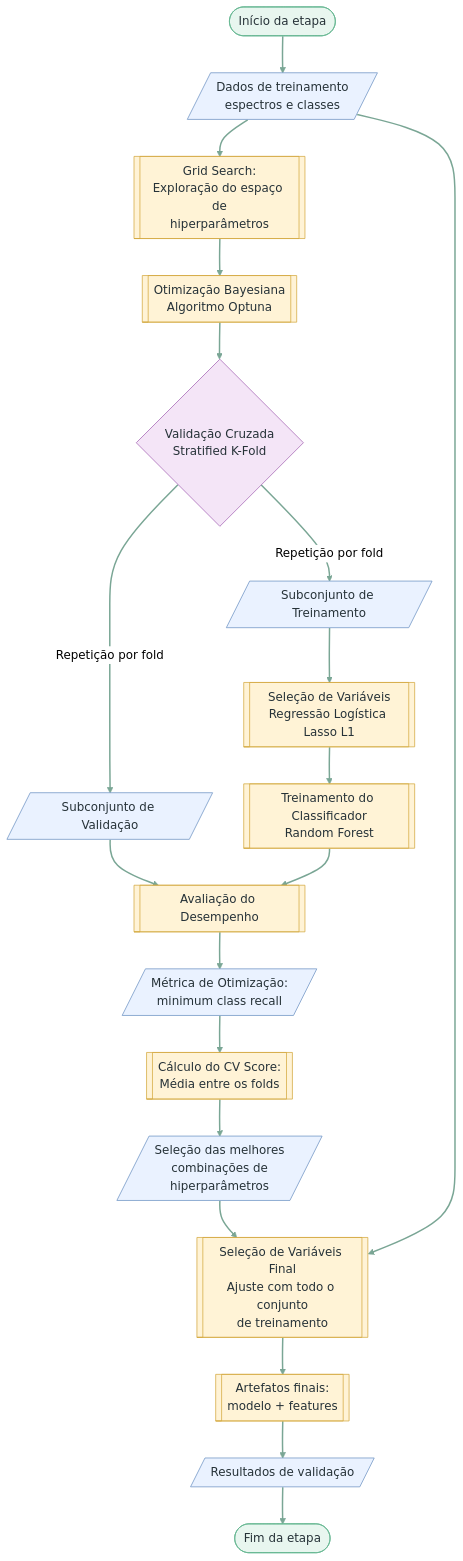
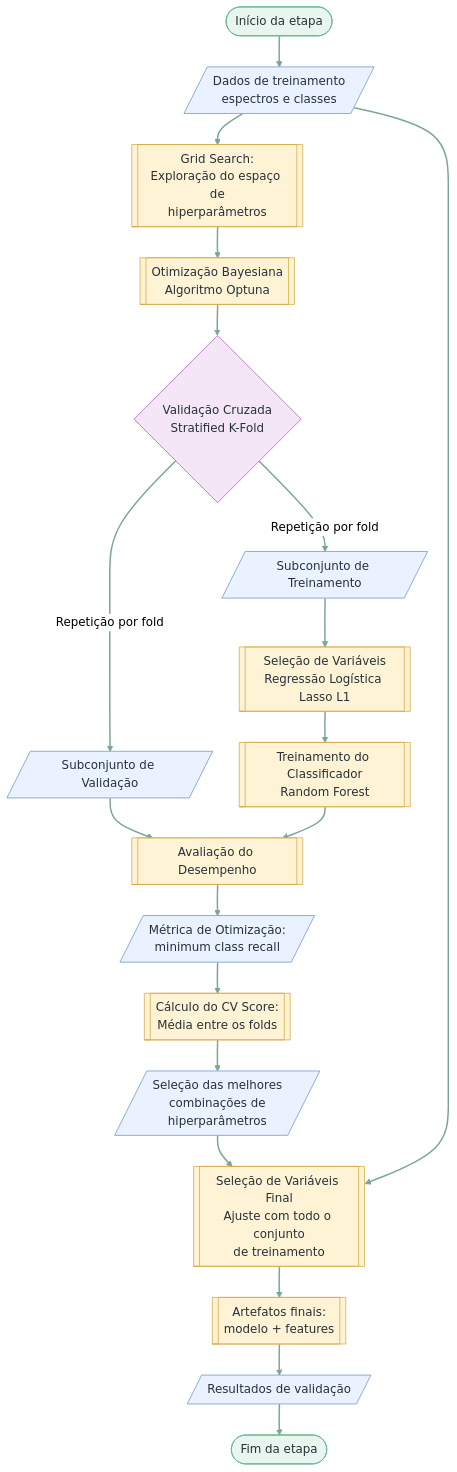
One commit to A-malta/coffee-nir-quality changed the diagram in docs/04_grid_search.md. Above: the diagram before and after it, drawn with Mermaid. The commit also changed 4 other files, not shown here.

Commit message:
docs: embed figures and compact flowcharts

````diff
--- a/docs/04_grid_search.md
+++ b/docs/04_grid_search.md
@@ -1,47 +1,47 @@
 ```mermaid
 ---
 config:
   theme: neutral
   look: classic
   flowchart:
     curve: basis
-    nodeSpacing: 42
-    rankSpacing: 50
+    nodeSpacing: 36
+    rankSpacing: 42
 ---
 flowchart TD
     A([Início da etapa]) --> B[/Dados de treinamento<br/>espectros e classes/]
     B --> C[[Grid Search:<br/>Exploração do espaço de<br/>hiperparâmetros]]
     C --> D[[Otimização Bayesiana<br/>Algoritmo Optuna]]
     D --> E{Validação Cruzada<br/>Stratified K-Fold}
 
     E -- "Repetição por fold" --> F[/Subconjunto de Validação/]
     E -- "Repetição por fold" --> G[/Subconjunto de Treinamento/]
 
     G --> H[[Seleção de Variáveis<br/>Regressão Logística Lasso L1]]
     H --> I[[Treinamento do Classificador<br/>Random Forest]]
 
     F --> J[[Avaliação do Desempenho]]
     I --> J
 
     J --> K[/Métrica de Otimização:<br/>minimum class recall/]
     K --> L[[Cálculo do CV Score:<br/>Média entre os folds]]
     L --> M[/Seleção das melhores<br/>combinações de<br/>hiperparâmetros/]
 
     M --> N[[Seleção de Variáveis Final<br/>Ajuste com todo o conjunto<br/>de treinamento]]
     B --> N
     N --> O[[Artefatos finais:<br/>modelo + features]]
     O --> P[/Resultados de validação/]
     P --> Q([Fim da etapa])
 
     classDef terminador fill:#E8F6EF,stroke:#62B58F,color:#263238
     classDef dados fill:#EAF2FF,stroke:#6C91C2,color:#263238
     classDef processo fill:#FFF3D6,stroke:#D4A83F,color:#263238
     classDef decisao fill:#F4E5F7,stroke:#A363B3,color:#263238
 
     class A,Q terminador
     class B,F,G,K,M,P dados
     class C,D,H,I,J,L,N,O processo
     class E decisao
 
     linkStyle default stroke:#7AA695,stroke-width:2px
 ```
````
